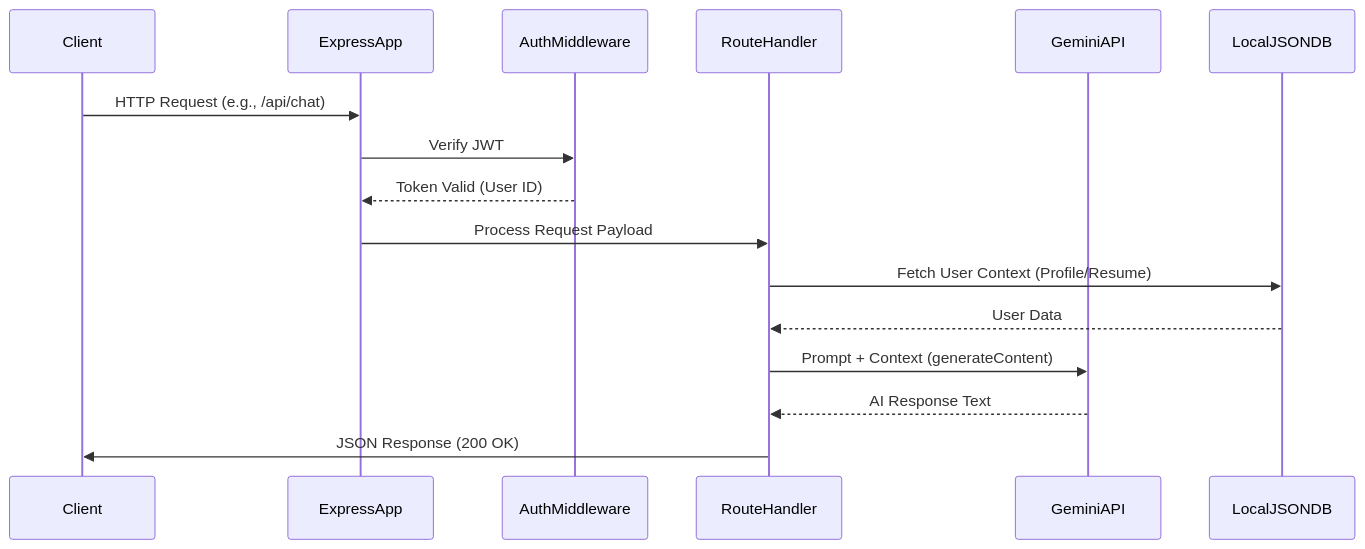
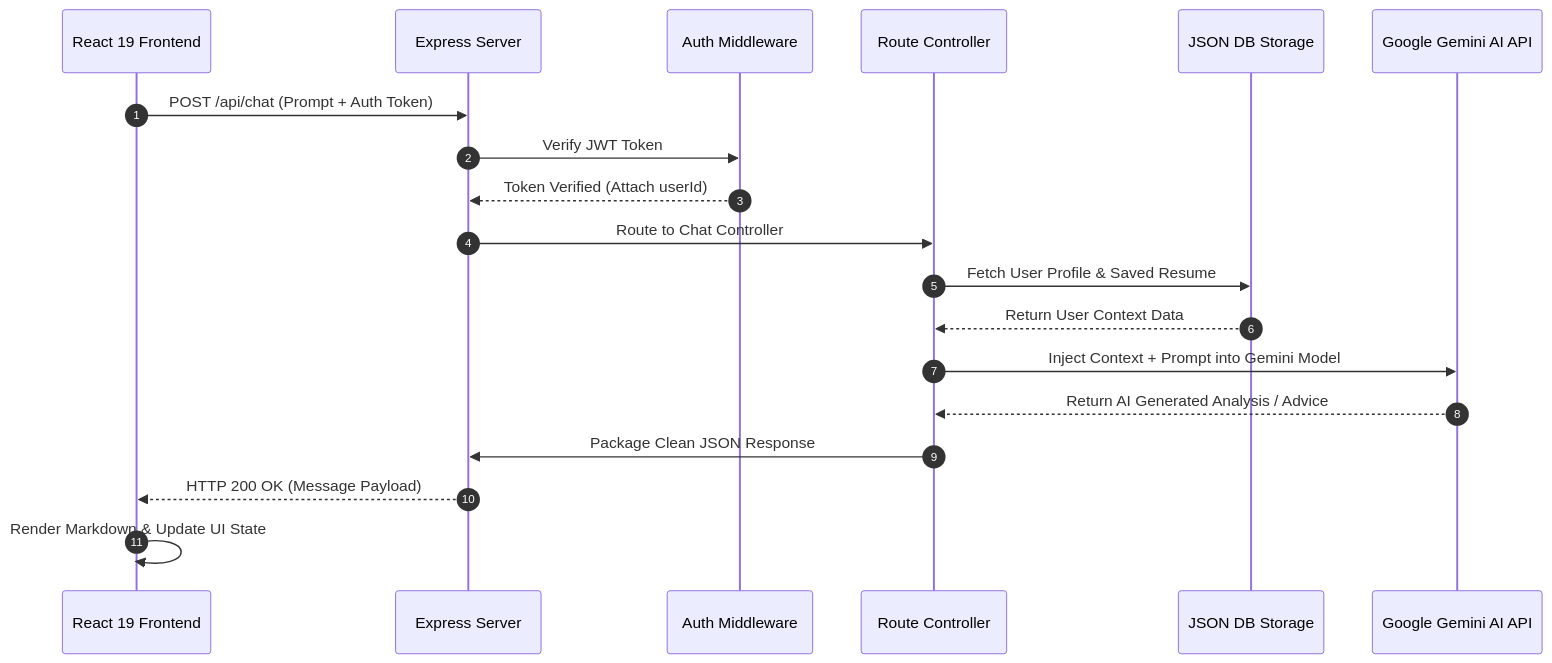
The second of 2 diagrams in README.md (sachin-saroj/college-project-career-guidance), drawn with Mermaid before and after one commit. The commit also changed other lines of this file, not shown here.

Commit message:
docs: upgrade README.md with comprehensive architecture diagrams, API specs, tech stack details, and setup guides

````diff
--- a/README.md
+++ b/README.md
@@ -29,19 +114,22 @@
 ```mermaid
 sequenceDiagram
-    participant Client
-    participant ExpressApp
-    participant AuthMiddleware
-    participant RouteHandler
-    participant GeminiAPI
-    participant LocalJSONDB
+    autonumber
+    participant Client as React 19 Frontend
+    participant Server as Express Server
+    participant Auth as Auth Middleware
+    participant Controller as Route Controller
+    participant DB as JSON DB Storage
+    participant Gemini as Google Gemini AI API
 
-    Client->>ExpressApp: HTTP Request (e.g., /api/chat)
-    ExpressApp->>AuthMiddleware: Verify JWT
-    AuthMiddleware-->>ExpressApp: Token Valid (User ID)
-    ExpressApp->>RouteHandler: Process Request Payload
-    RouteHandler->>LocalJSONDB: Fetch User Context (Profile/Resume)
-    LocalJSONDB-->>RouteHandler: User Data
-    RouteHandler->>GeminiAPI: Prompt + Context (generateContent)
-    GeminiAPI-->>RouteHandler: AI Response Text
-    RouteHandler->>Client: JSON Response (200 OK)
+    Client->>Server: POST /api/chat (Prompt + Auth Token)
+    Server->>Auth: Verify JWT Token
+    Auth-->>Server: Token Verified (Attach userId)
+    Server->>Controller: Route to Chat Controller
+    Controller->>DB: Fetch User Profile & Saved Resume
+    DB-->>Controller: Return User Context Data
+    Controller->>Gemini: Inject Context + Prompt into Gemini Model
+    Gemini-->>Controller: Return AI Generated Analysis / Advice
+    Controller->>Server: Package Clean JSON Response
+    Server-->>Client: HTTP 200 OK (Message Payload)
+    Client->>Client: Render Markdown & Update UI State
 ```
````
